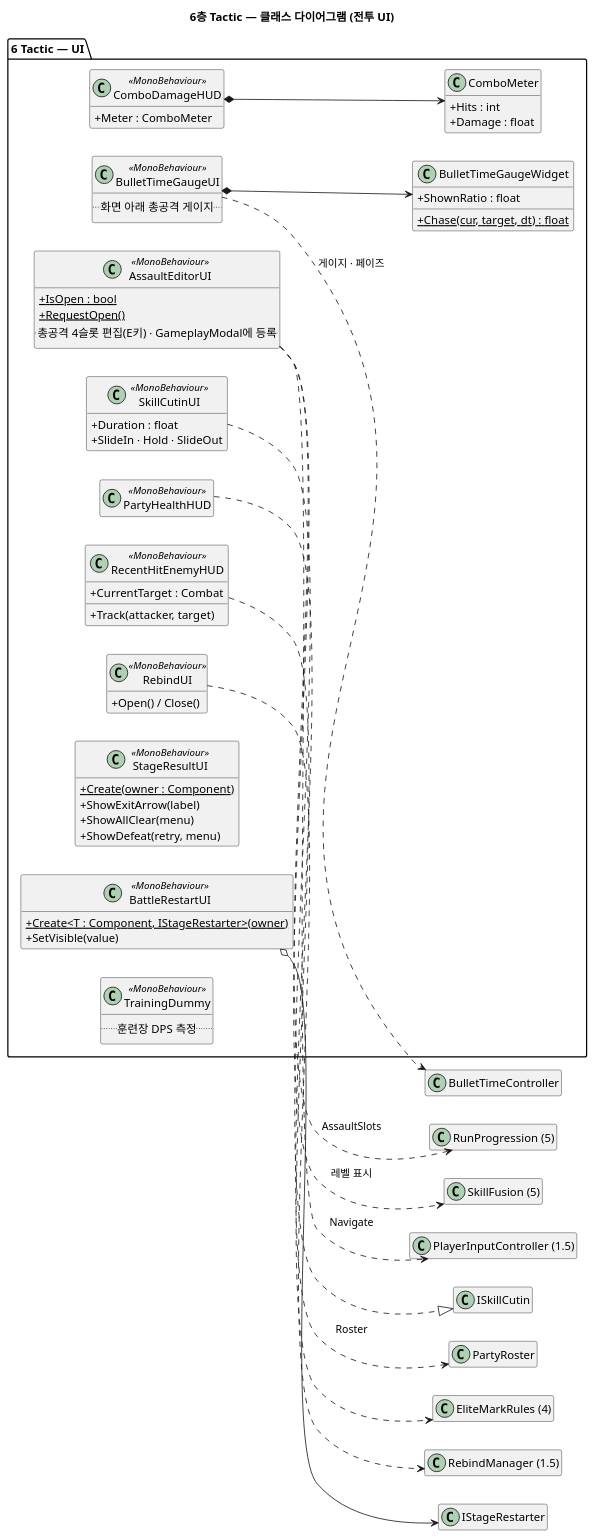
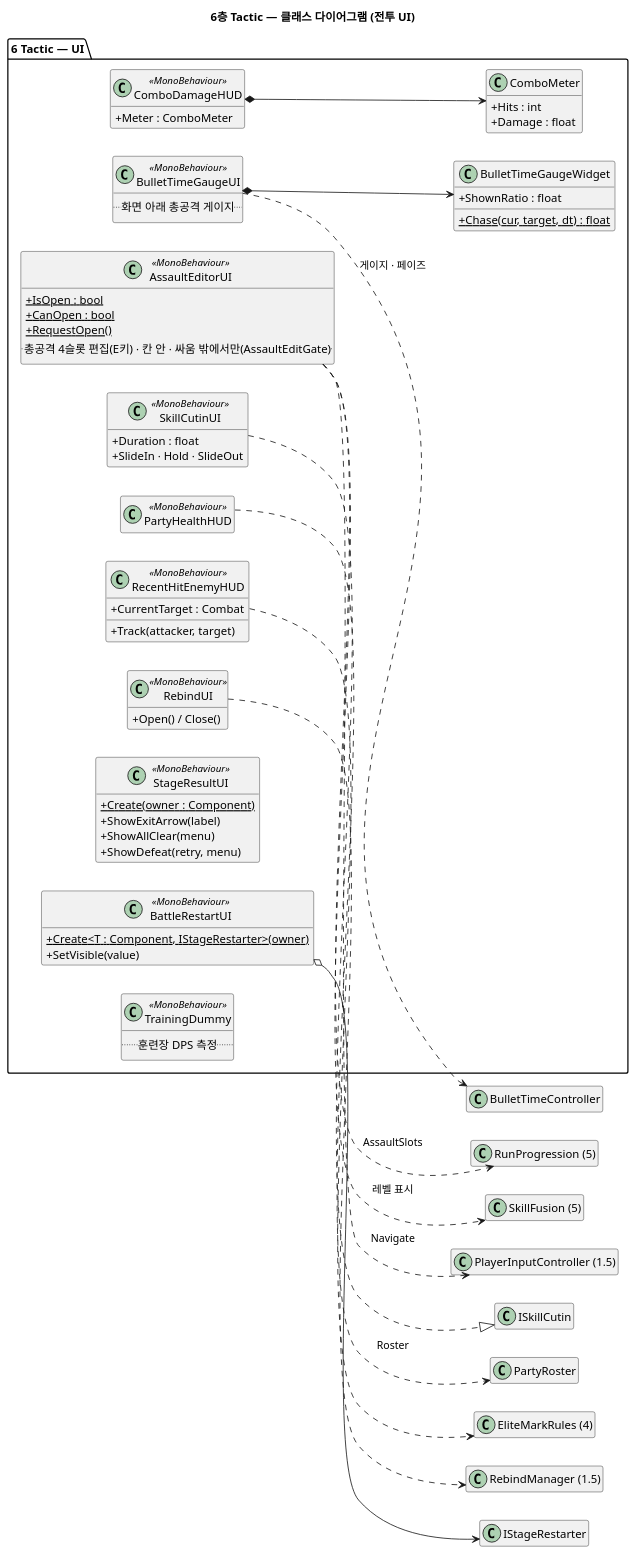
Before and after one commit to jukanmi/Prototype: the diagram in docs/uml/09-Tactic-UI.puml, drawn with PlantUML. The commit also changed 103 other files, not shown here.

```diff
--- a/docs/uml/09-Tactic-UI.puml
+++ b/docs/uml/09-Tactic-UI.puml
@@ -1,70 +1,71 @@
 @startuml 09-Tactic-UI
 ' 6층 Tactic — 전투 씬 UI. HUD는 CombatManager · BattleInput 프리팹이 화면을 쥐고,
 ' 모달 일부(총공격 편집 · 보상 카드 · 결과 · 재시작)는 코드로 캔버스를 짓는다.
 title 6층 Tactic — 클래스 다이어그램 (전투 UI)
 
 set separator none
 left to right direction
 skinparam shadowing false
 skinparam classAttributeIconSize 0
 hide empty members
 
 package "6 Tactic — UI" {
   class BulletTimeGaugeUI <<MonoBehaviour>> {
     .. 화면 아래 총공격 게이지 ..
   }
   class BulletTimeGaugeWidget {
     + ShownRatio : float
     + {static} Chase(cur, target, dt) : float
   }
   class AssaultEditorUI <<MonoBehaviour>> {
     + {static} IsOpen : bool
+    + {static} CanOpen : bool
     + {static} RequestOpen()
-    .. 총공격 4슬롯 편집(E키) · GameplayModal에 등록 ..
+    .. 총공격 4슬롯 편집(E키) · 칸 안 · 싸움 밖에서만(AssaultEditGate) ..
   }
   class SkillCutinUI <<MonoBehaviour>> {
     + Duration : float
     + SlideIn · Hold · SlideOut
   }
   class PartyHealthHUD <<MonoBehaviour>>
   class RecentHitEnemyHUD <<MonoBehaviour>> {
     + CurrentTarget : Combat
     + Track(attacker, target)
   }
   class ComboDamageHUD <<MonoBehaviour>> {
     + Meter : ComboMeter
   }
   class ComboMeter {
     + Hits : int
     + Damage : float
   }
   class RebindUI <<MonoBehaviour>> {
     + Open() / Close()
   }
   class StageResultUI <<MonoBehaviour>> {
     + {static} Create(owner : Component)
     + ShowExitArrow(label)
     + ShowAllClear(menu)
     + ShowDefeat(retry, menu)
   }
   class BattleRestartUI <<MonoBehaviour>> {
     + {static} Create<T : Component, IStageRestarter>(owner)
     + SetVisible(value)
   }
   class TrainingDummy <<MonoBehaviour>> {
     .. 훈련장 DPS 측정 ..
   }
 }
 
 BulletTimeGaugeUI ..> "BulletTimeController" : 게이지 · 페이즈
 BulletTimeGaugeUI *--> BulletTimeGaugeWidget
 AssaultEditorUI ..> "RunProgression (5)" : AssaultSlots
 AssaultEditorUI ..> "SkillFusion (5)" : 레벨 표시
 AssaultEditorUI ..> "PlayerInputController (1.5)" : Navigate
 PartyHealthHUD ..> "PartyRoster" : Roster
 SkillCutinUI ..|> "ISkillCutin"
 ComboDamageHUD *--> ComboMeter
 RecentHitEnemyHUD ..> "EliteMarkRules (4)"
 RebindUI ..> "RebindManager (1.5)"
 BattleRestartUI o--> "IStageRestarter"
 @enduml
```
